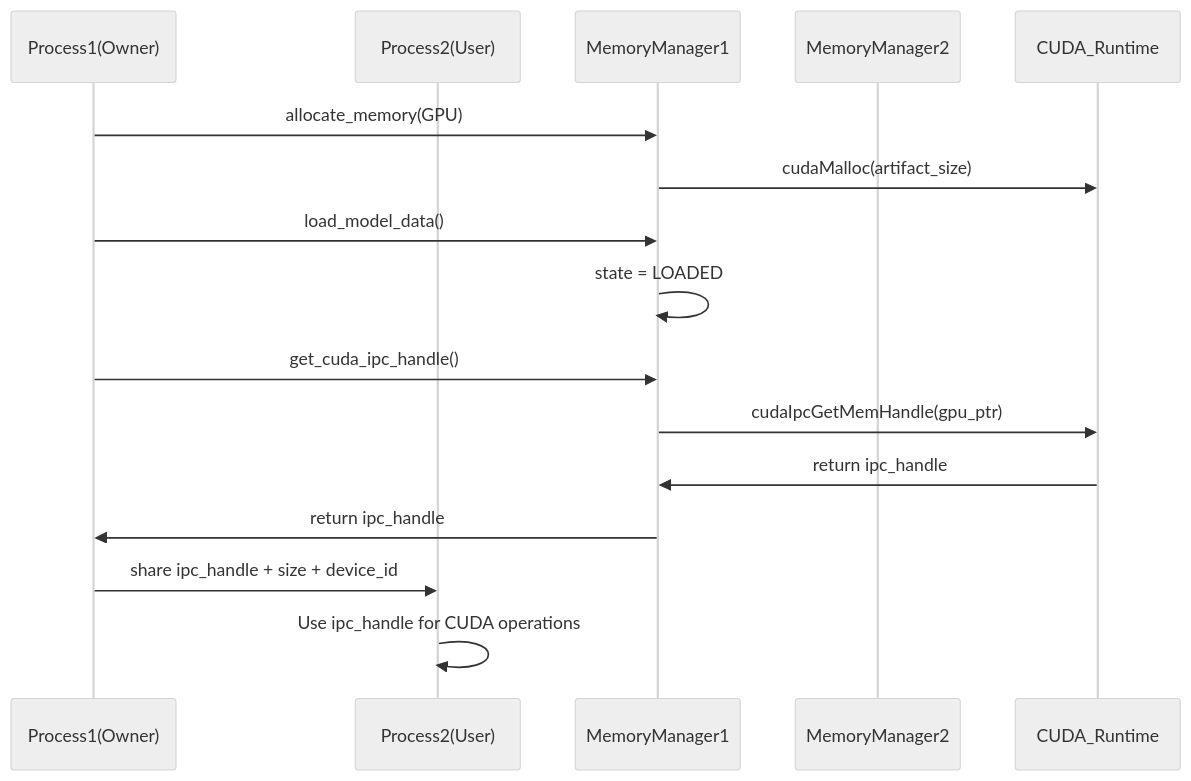
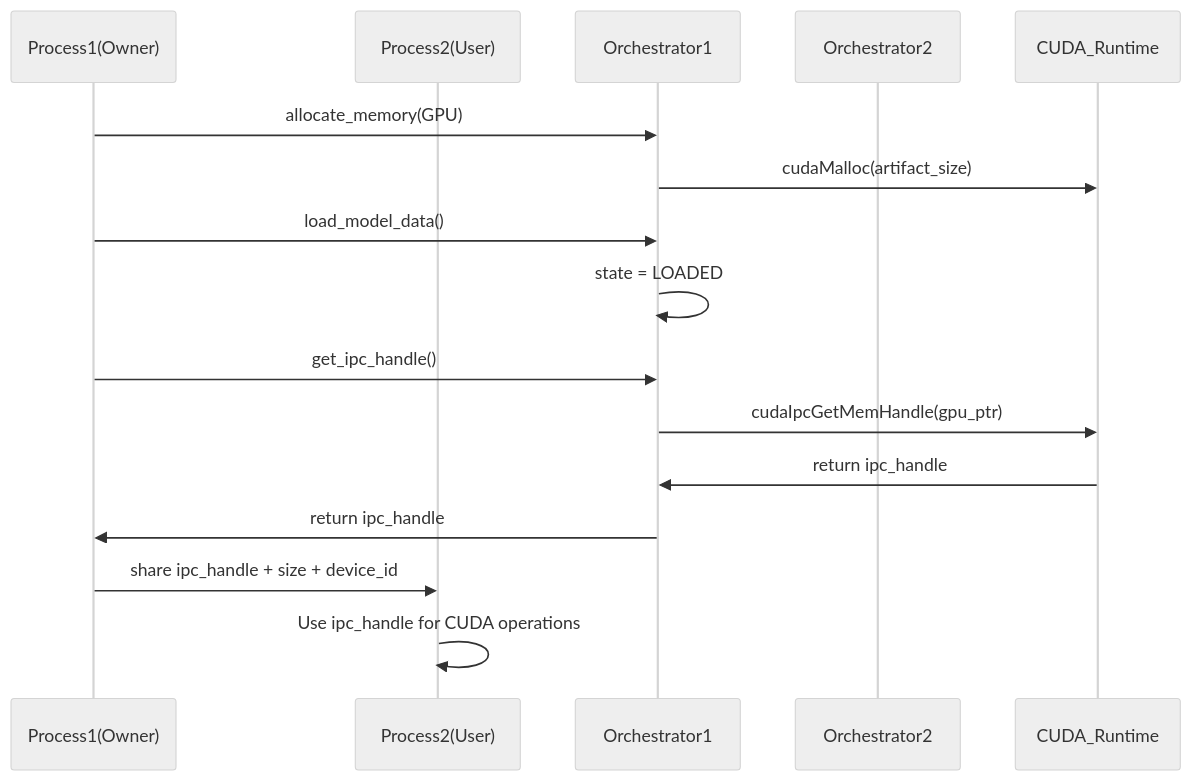
Before and after one commit to tensorcast-ai/tensorcast: diagram 13 of 13 in core/store/docs/architecture.md, drawn with Mermaid (neutral theme). The commit also changed other lines of this file and 155 other files, not shown here.

````diff
--- a/core/store/docs/architecture.md
+++ b/core/store/docs/architecture.md
@@ -559,21 +555,21 @@
 ```mermaid
 sequenceDiagram
     participant P1 as Process1(Owner)
     participant P2 as Process2(User)
-    participant MM1 as MemoryManager1
-    participant MM2 as MemoryManager2
+    participant MM1 as Orchestrator1
+    participant MM2 as Orchestrator2
     participant CUDA as CUDA_Runtime
 
     P1->>MM1: allocate_memory(GPU)
     MM1->>CUDA: cudaMalloc(artifact_size)
     P1->>MM1: load_model_data()
     MM1->>MM1: state = LOADED
 
-    P1->>MM1: get_cuda_ipc_handle()
+    P1->>MM1: get_ipc_handle()
     MM1->>CUDA: cudaIpcGetMemHandle(gpu_ptr)
     CUDA->>MM1: return ipc_handle
     MM1->>P1: return ipc_handle
 
     P1->>P2: share ipc_handle + size + device_id
     P2->>P2: Use ipc_handle for CUDA operations
 ```
````
